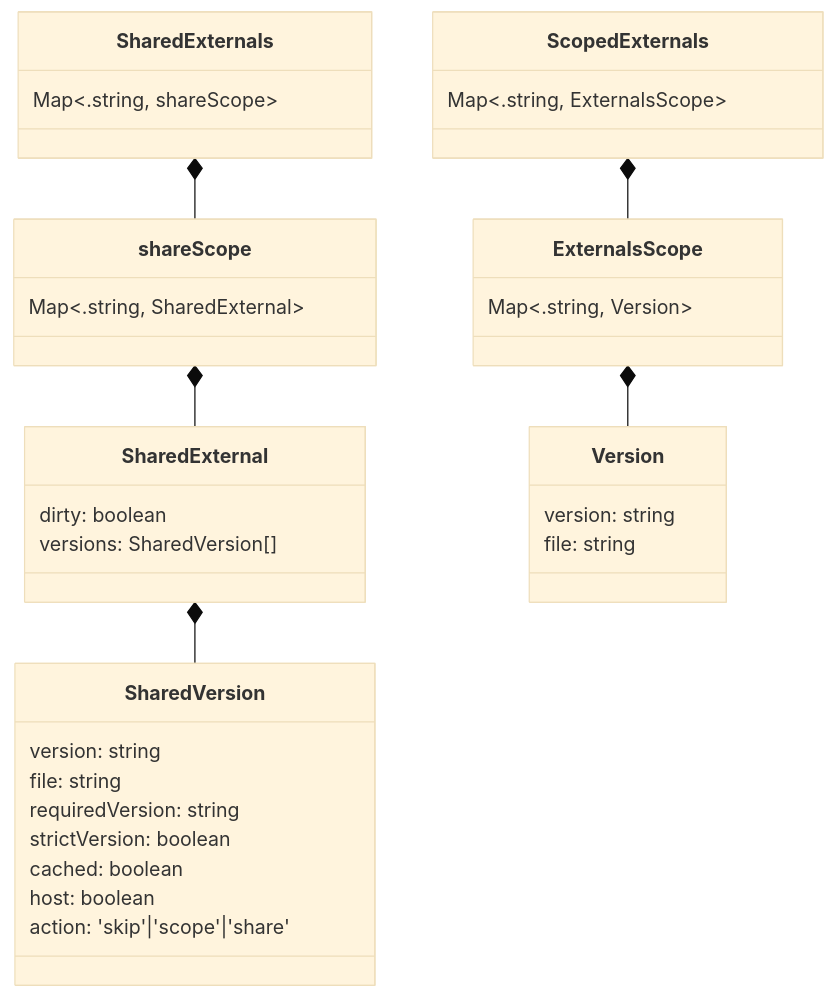
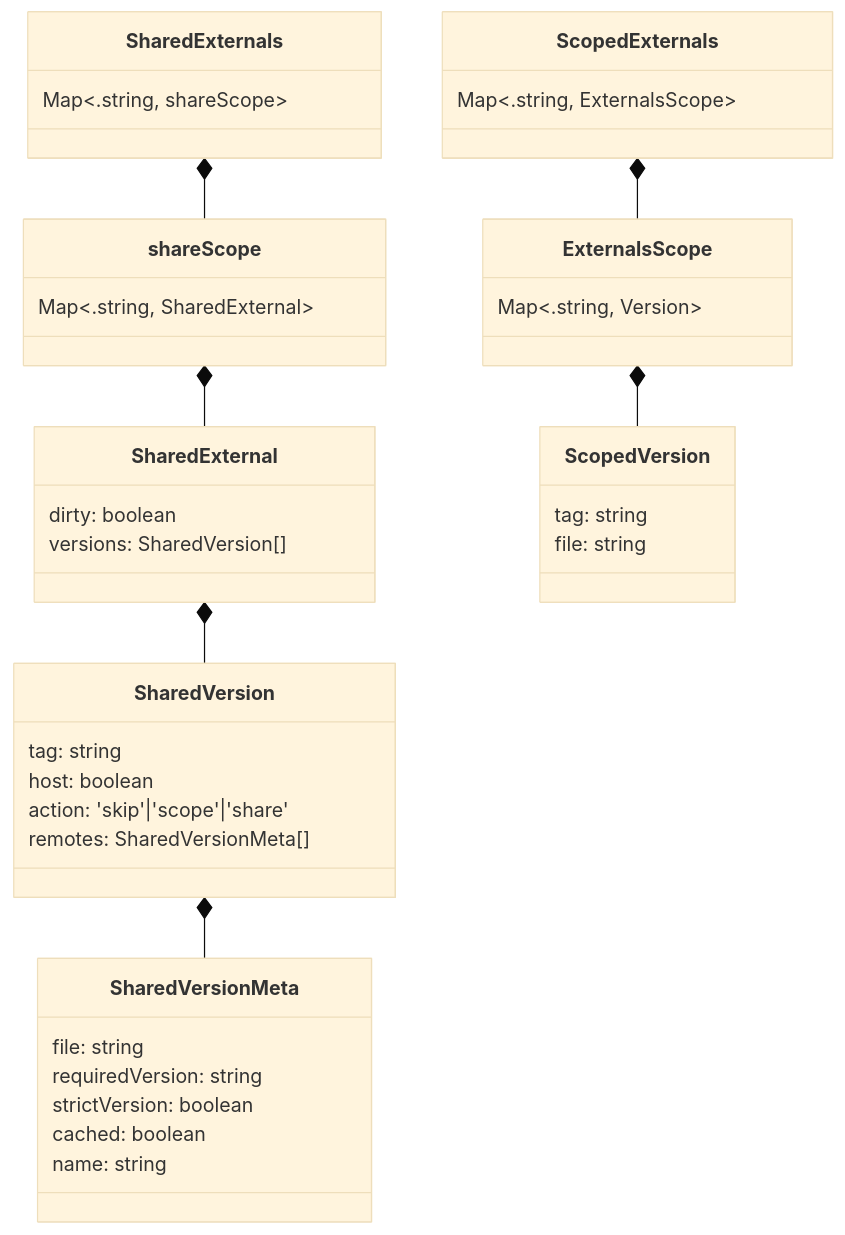
Before and after one commit to topicusonderwijs/vanilla-native-federation: the fifth of 5 diagrams in docs/architecture.md, drawn with Mermaid (base theme). The commit also changed other lines of this file and 4 other files, not shown here.

````diff
--- a/docs/architecture.md
+++ b/docs/architecture.md
@@ -263,38 +265,43 @@
 ```mermaid
 classDiagram
     SharedExternals *-- shareScope
     shareScope *-- SharedExternal
     SharedExternal *-- SharedVersion
+    SharedVersion *-- SharedVersionMeta
     ScopedExternals *-- ExternalsScope
-    ExternalsScope *-- Version
+    ExternalsScope *-- ScopedVersion
 
     class SharedExternals {
         Map<.string, shareScope>
     }
     class shareScope {
         Map<.string, SharedExternal>
     }
     class SharedExternal {
         dirty: boolean
         versions: SharedVersion[]
     }
     class SharedVersion{
-        version: string
+        tag: string
+        host: boolean
+        action: 'skip'|'scope'|'share'
+        remotes: SharedVersionMeta[]
+    }
+    class SharedVersionMeta{
         file: string
         requiredVersion: string
         strictVersion: boolean
         cached: boolean
-        host: boolean
-        action: 'skip'|'scope'|'share'
+        name: string
     }
     class ScopedExternals {
         Map<.string, ExternalsScope>
     }
     class ExternalsScope {
         Map<.string, Version>
     }
-    class Version{
-        version: string
+    class ScopedVersion{
+        tag: string
         file: string
     }
 ```
````
